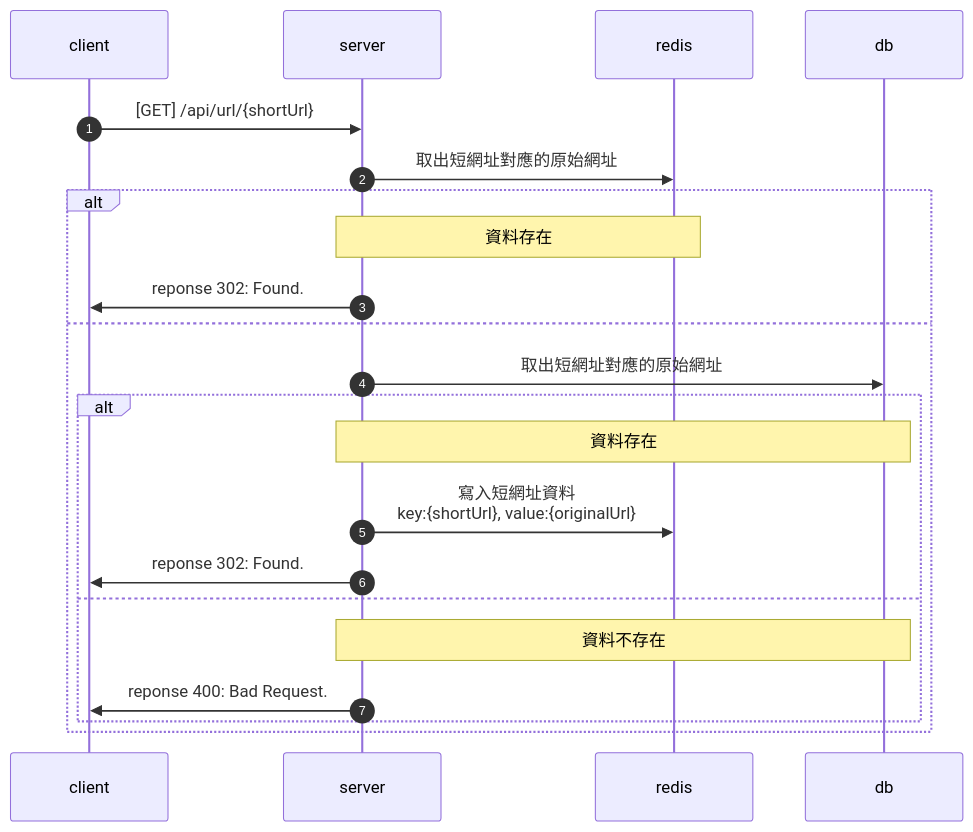
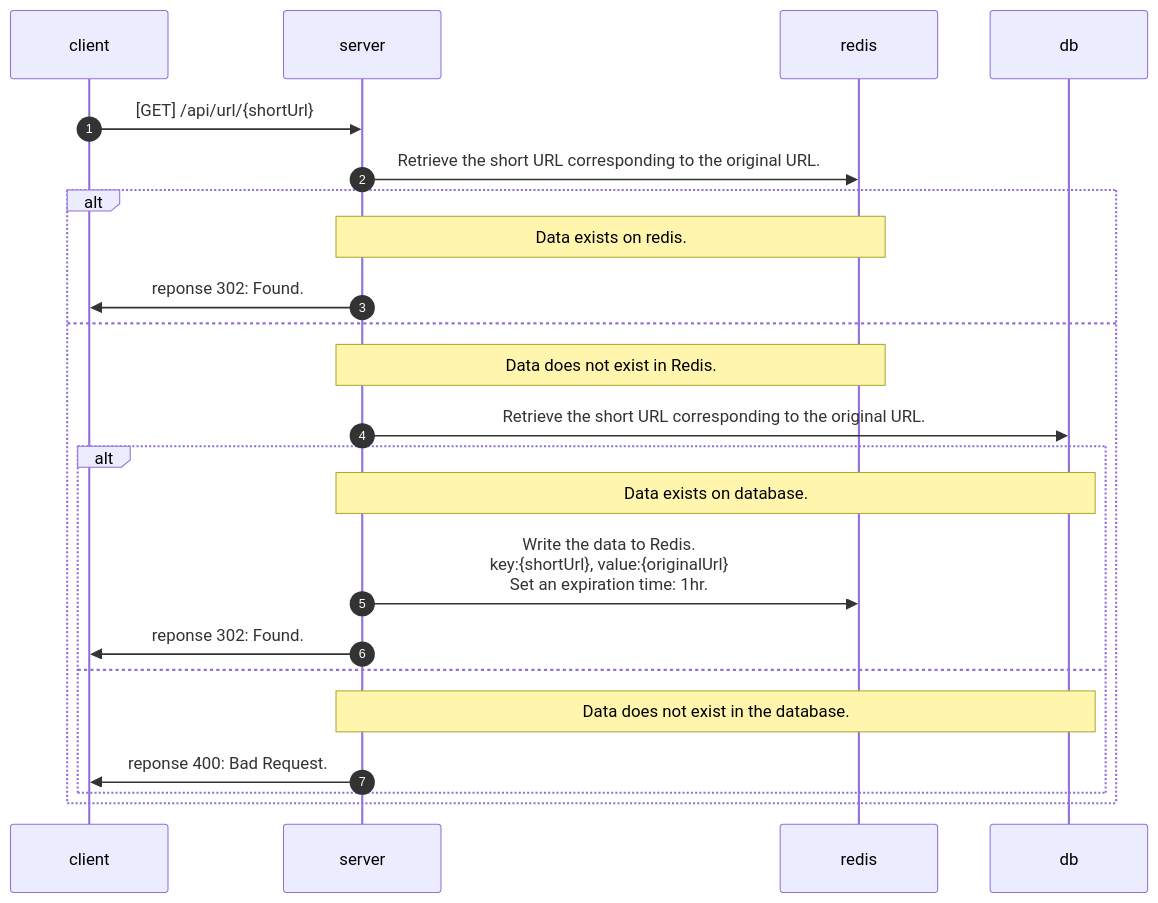
One commit to yanzzzzzzzzz/short_url_backend changed the third of 3 diagrams in docs/api/short_url_api.md. Above: the diagram before and after it, drawn with Mermaid. The commit also changed other lines of this file, not shown here.

````diff
--- a/docs/api/short_url_api.md
+++ b/docs/api/short_url_api.md
@@ -108,25 +107,26 @@
 ```mermaid
 sequenceDiagram
     participant client
     participant server
     participant redis
     participant db
     
     autonumber 1
     client ->> server: [GET] /api/url/{shortUrl}
-    server ->> redis: 取出短網址對應的原始網址
+    server ->> redis: Retrieve the short URL corresponding to the original URL.
     alt
-        Note over server, redis: 資料存在
+        Note over server, redis: Data exists on redis.
         server ->> client: reponse 302: Found.
     else
-        server ->> db: 取出短網址對應的原始網址
+        Note over server, redis: Data does not exist in Redis.
+        server ->> db: Retrieve the short URL corresponding to the original URL.
         alt
-            Note over server, db: 資料存在
-            server ->> redis: 寫入短網址資料<br>key:{shortUrl}, value:{originalUrl}
+            Note over server, db: Data exists on database.
+            server ->> redis: Write the data to Redis.<br>key:{shortUrl}, value:{originalUrl}<br>Set an expiration time: 1hr.
             server ->> client: reponse 302: Found.
         else 
-            Note over server, db: 資料不存在
+            Note over server, db: Data does not exist in the database.
             server ->> client: reponse 400: Bad Request.
         end
     end
 ```
````
